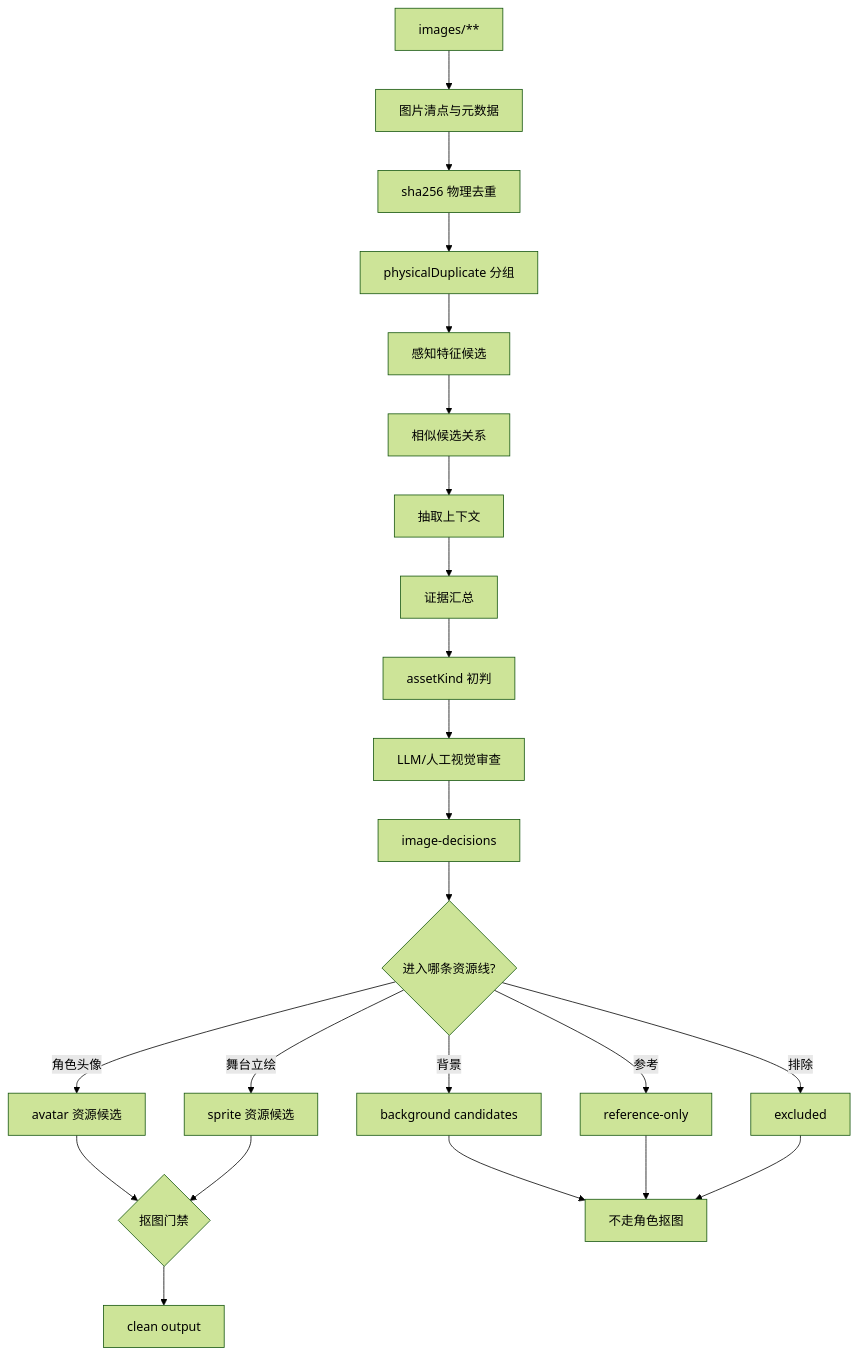
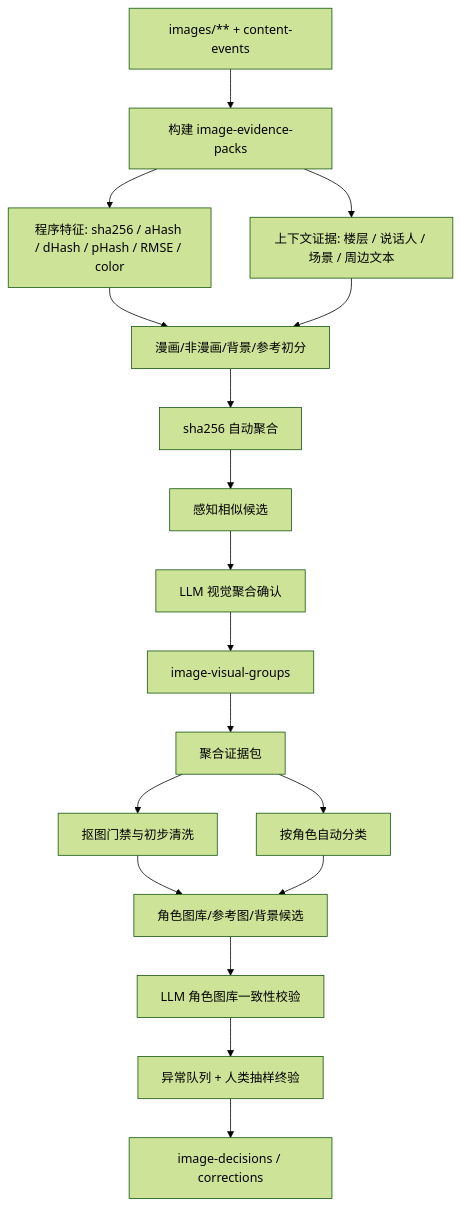
Before and after one commit to starrybamboo/tuan-chat-web: the seventh of 14 diagrams in docs/reference/gululu-replay-data-cleaning-review.md, drawn with Mermaid (forest theme). The commit also changed other lines of this file, not shown here.

````diff
--- a/docs/reference/gululu-replay-data-cleaning-review.md
+++ b/docs/reference/gululu-replay-data-cleaning-review.md
@@ -492,27 +510,20 @@
 ```mermaid
 flowchart TD
-  A["images/**"] --> I["图片清点与元数据"]
-  I --> H["sha256 物理去重"]
-  H --> P["physicalDuplicate 分组"]
-  P --> F["感知特征候选"]
-  F --> S["相似候选关系"]
-  S --> C["抽取上下文"]
-  C --> E["证据汇总"]
-  E --> K["assetKind 初判"]
-  K --> V["LLM/人工视觉审查"]
-  V --> D["image-decisions"]
-  D --> R{"进入哪条资源线?"}
-
-  R -->|角色头像| Avatar["avatar 资源候选"]
-  R -->|舞台立绘| Sprite["sprite 资源候选"]
-  R -->|背景| Bg["background candidates"]
-  R -->|参考| Ref["reference-only"]
-  R -->|排除| Ex["excluded"]
-
-  Avatar --> M{"抠图门禁"}
-  Sprite --> M
-  Bg --> NoMatte["不走角色抠图"]
-  Ref --> NoMatte
-  Ex --> NoMatte
-  M --> Clean["clean output"]
+  A["images/** + content-events"] --> B["构建 image-evidence-packs"]
+  B --> C["程序特征: sha256 / aHash / dHash / pHash / RMSE / color"]
+  B --> D["上下文证据: 楼层 / 说话人 / 场景 / 周边文本"]
+  C --> E["漫画/非漫画/背景/参考初分"]
+  D --> E
+  E --> F["sha256 自动聚合"]
+  F --> G["感知相似候选"]
+  G --> H["LLM 视觉聚合确认"]
+  H --> I["image-visual-groups"]
+  I --> J["聚合证据包"]
+  J --> K["抠图门禁与初步清洗"]
+  J --> L["按角色自动分类"]
+  K --> M["角色图库/参考图/背景候选"]
+  L --> M
+  M --> N["LLM 角色图库一致性校验"]
+  N --> O["异常队列 + 人类抽样终验"]
+  O --> P["image-decisions / corrections"]
 ```
````
